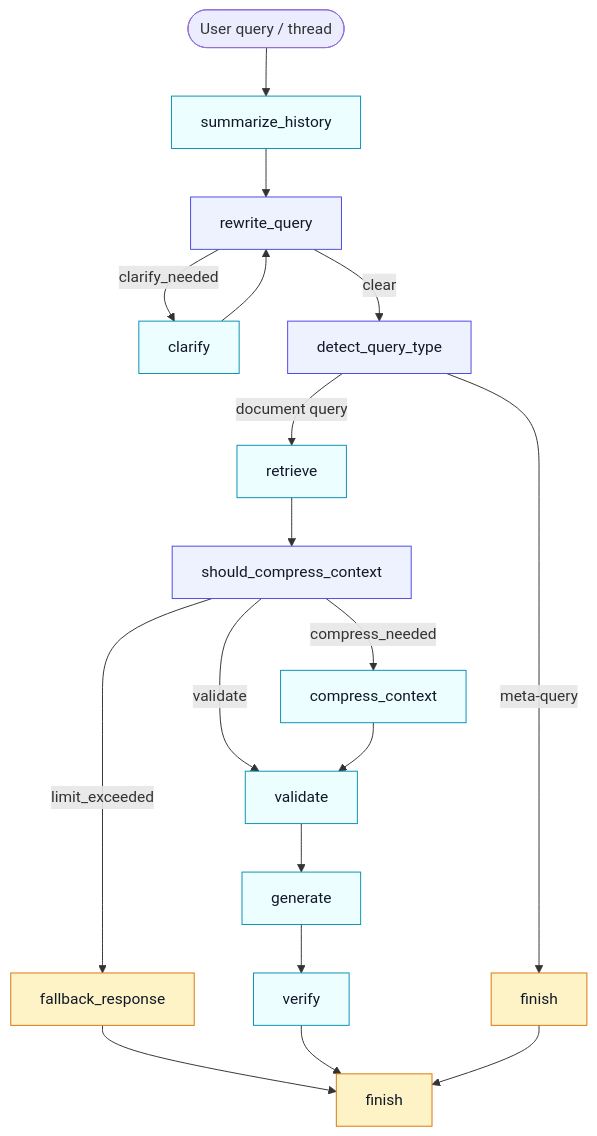
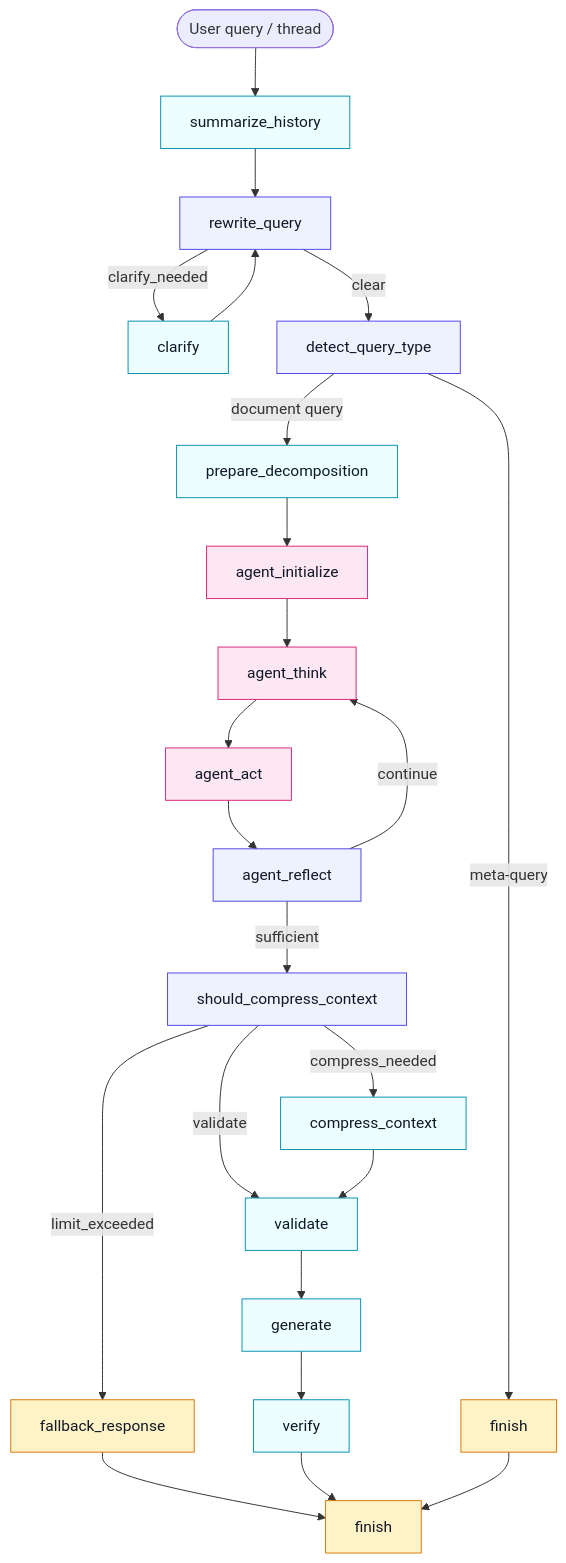
Before and after one commit to jkgithub02/rag-agentic: the diagram in README.md, drawn with Mermaid. The commit also changed other lines of this file and 15 other files, not shown here.

````diff
--- a/README.md
+++ b/README.md
@@ -118,29 +176,36 @@
 ```mermaid
 flowchart TD
   start([User query / thread]) --> summarize[summarize_history]
   summarize --> rewrite[rewrite_query]
   rewrite -->|clarify_needed| clarify[clarify]
   rewrite -->|clear| detect[detect_query_type]
   clarify --> rewrite
   detect -->|meta-query| finish_meta[finish]
-  detect -->|document query| retrieve[retrieve]
-  retrieve --> compress_check[should_compress_context]
+  detect -->|document query| decomp[prepare_decomposition]
+  decomp --> agent_init[agent_initialize]
+  agent_init --> agent_think[agent_think]
+  agent_think --> agent_act[agent_act]
+  agent_act --> agent_reflect[agent_reflect]
+  agent_reflect -->|continue| agent_think
+  agent_reflect -->|sufficient| compress_check[should_compress_context]
   compress_check -->|compress_needed| compress[compress_context]
   compress_check -->|validate| validate[validate]
   compress_check -->|limit_exceeded| fallback[fallback_response]
   compress --> validate
   fallback --> finish[finish]
   validate --> generate[generate]
   generate --> verify[verify]
   verify --> finish
 
   finish_meta --> finish
 
   classDef decision fill:#eef2ff,stroke:#4f46e5,color:#111827;
   classDef action fill:#ecfeff,stroke:#0891b2,color:#111827;
+  classDef agent fill:#fce7f3,stroke:#db2777,color:#111827;
   classDef terminal fill:#fef3c7,stroke:#d97706,color:#111827;
 
-  class summarize,rewrite,clarify,detect,retrieve,compress_check,compress,validate,generate,verify action;
+  class summarize,rewrite,clarify,detect,decomp,compress_check,compress,validate,generate,verify action;
+  class agent_init,agent_think,agent_act,agent_reflect agent;
   class finish_meta,fallback,finish terminal;
-  class rewrite,detect,compress_check decision;
+  class rewrite,detect,agent_reflect,compress_check decision;
 ```
````
